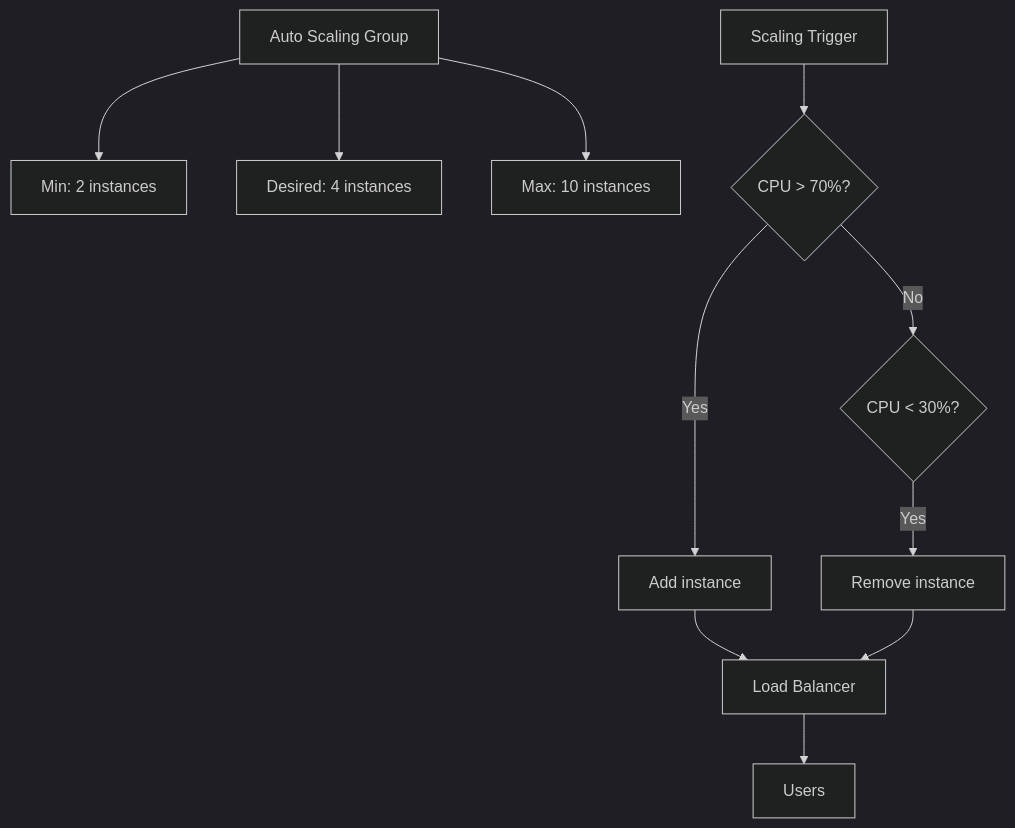
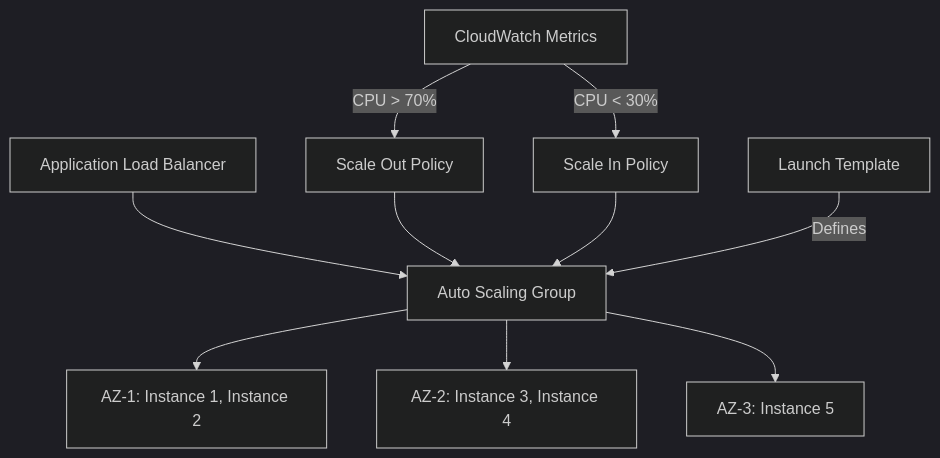
The eighth of 8 diagrams in src/cloud/aws/ec2.md (vanos001/placement_prep), drawn with Mermaid (dark theme) before and after one commit. The commit also changed other lines of this file and 22 other files, not shown here.

````diff
--- a/src/cloud/aws/ec2.md
+++ b/src/cloud/aws/ec2.md
@@ -135,15 +231,15 @@
 ```mermaid
-graph TD
-    ASG[Auto Scaling Group] --> MIN[Min: 2 instances]
-    ASG --> DESIRED[Desired: 4 instances]
-    ASG --> MAX[Max: 10 instances]
+graph TB
+    ALB[Application Load Balancer] --> ASG[Auto Scaling Group]
 
-    TRIGGER[Scaling Trigger] --> CPU{CPU > 70%?}
-    CPU -->|Yes| SCALE_OUT[Add instance]
-    CPU -->|No| CPU_LOW{CPU < 30%?}
-    CPU_LOW -->|Yes| SCALE_IN[Remove instance]
+    ASG --> AZ1[AZ-1: Instance 1, Instance 2]
+    ASG --> AZ2[AZ-2: Instance 3, Instance 4]
+    ASG --> AZ3[AZ-3: Instance 5]
 
-    SCALE_OUT --> LB[Load Balancer]
-    SCALE_IN --> LB
-    LB --> USERS[Users]
+    CW[CloudWatch Metrics] --> |CPU > 70%| SC[Scale Out Policy]
+    CW --> |CPU < 30%| SI[Scale In Policy]
+    SC --> ASG
+    SI --> ASG
+
+    LT[Launch Template] --> |Defines| ASG
 ```
````
